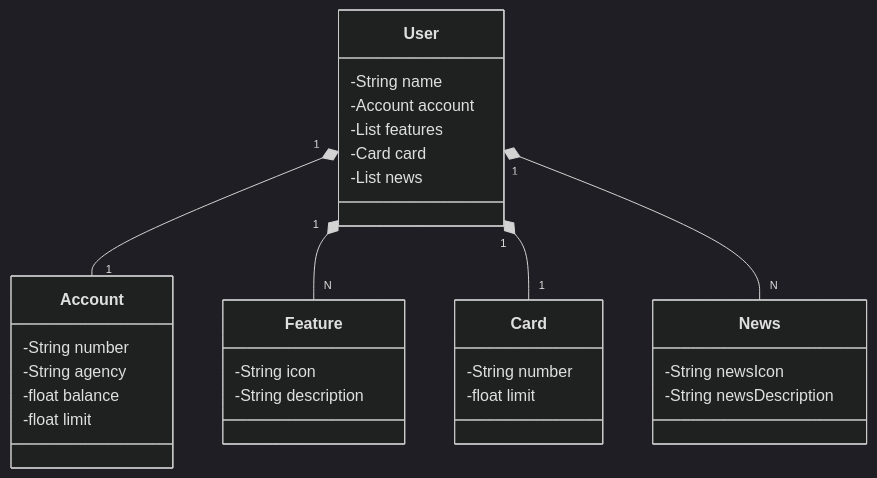
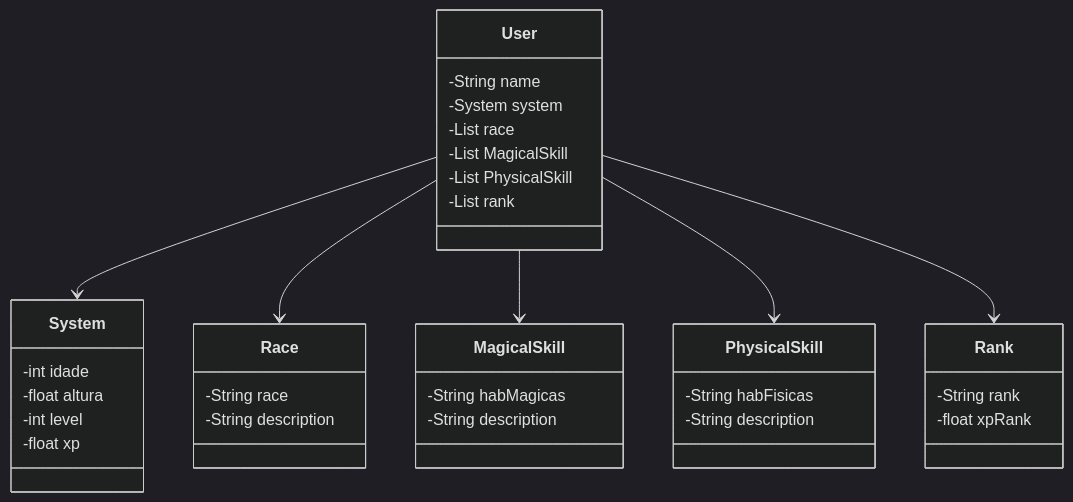
Before and after one commit to Cardosu007/santander-dev-week-2024: the diagram in README.md, drawn with Mermaid (dark theme).

````diff
--- a/README.md
+++ b/README.md
@@ -6,39 +6,46 @@
  ```mermaid
 
 classDiagram
     class User {
         -String name
-        -Account account
-        -List<Feature> features
-        -Card card
-        -List<News> news
+        -System system
+        -List<Race> race
+        -List<MagicalSkill> MagicalSkill
+        -List<PhysicalSkill> PhysicalSkill
+        -List<Rank> rank
     }
 
-    class Account {
-        -String number
-        -String agency
-        -float balance
-        -float limit
+    class System {
+        -int idade
+        -float altura
+        -int level
+        -float xp
     }
 
-    class Feature {
-        -String icon
+    class Race {
+        -String race
         -String description
     }
 
-    class Card {
-        -String number
-        -float limit
+    class MagicalSkill {
+        -String habMagicas
+        -String description
     }
 
-    class News {
-        -String newsIcon
-        -String newsDescription
+    class PhysicalSkill {
+        -String habFisicas
+        -String description
     }
 
-    User "1" *-- "1" Account
-    User "1" *-- "N" Feature
-    User "1" *-- "1" Card
-    User "1" *-- "N" News
+    class Rank {
+        -String rank
+        -float xpRank
+    }
+
+    User --> System
+    User --> Race
+    User --> MagicalSkill
+    User --> PhysicalSkill
+    User --> Rank
 
 ```
````
